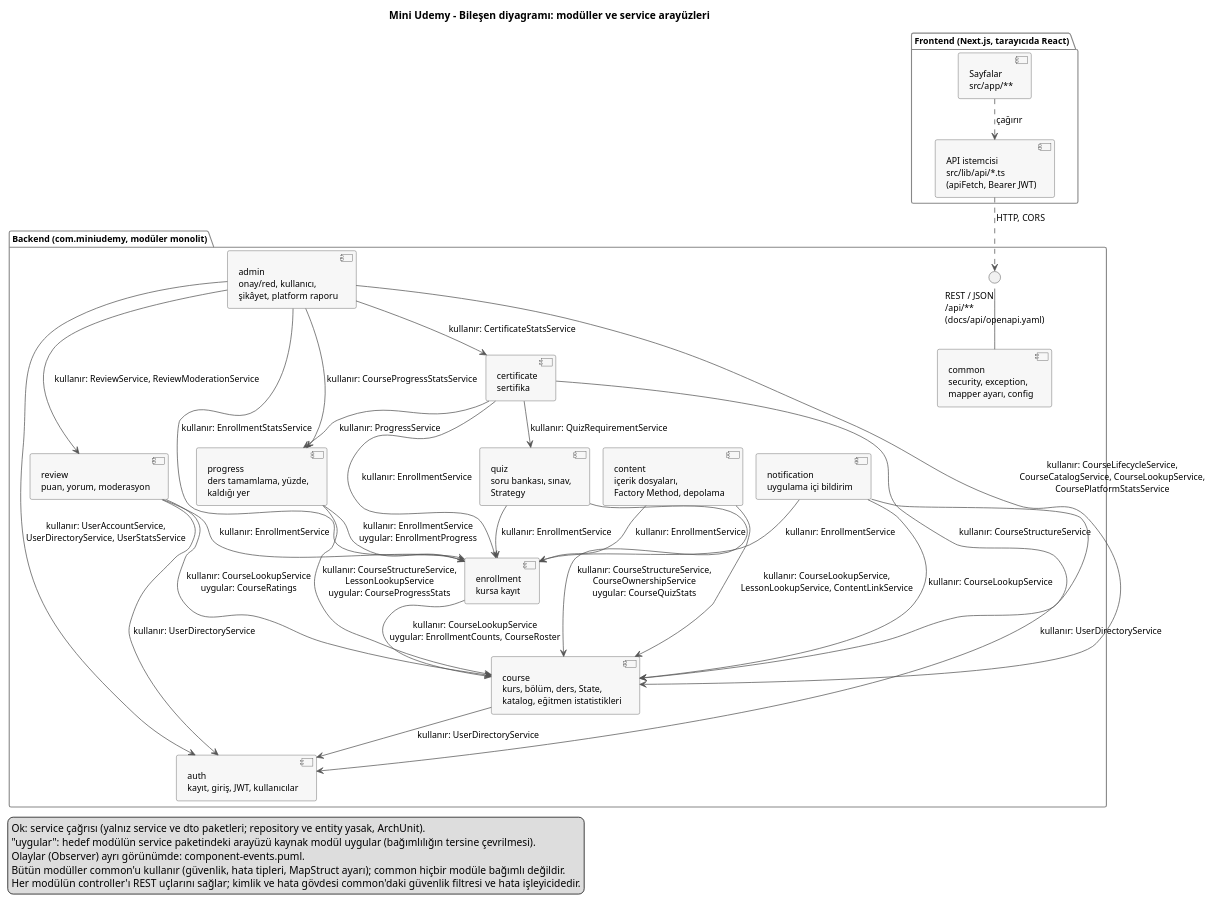
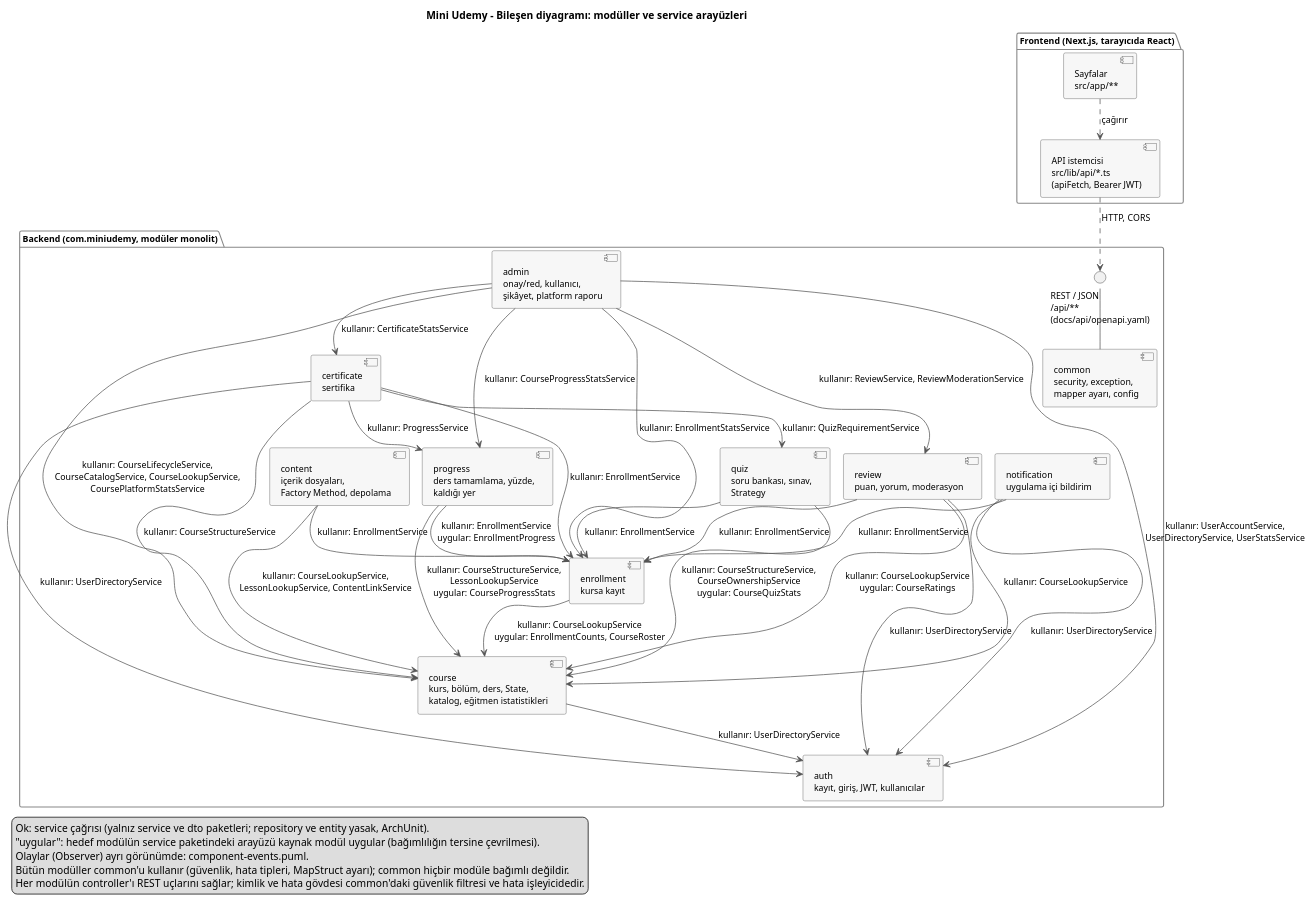
The diagram in docs/diagrams/component.puml (Bertanokt/mini-udemy), drawn with PlantUML before and after one commit. The commit also changed 2 other files, not shown here.

Commit message:
docs(diagram): bileşen diyagramına certificate → auth (#91)
#130 ile certificate, kursiyer adını auth/service/UserDirectoryService'ten
alıyor (ModuleArchitectureTest.ALLOWED). ComponentDiagramTest bu ok
olmadan kırmızıydı.

Refs #91

```diff
--- a/docs/diagrams/component.puml
+++ b/docs/diagrams/component.puml
@@ -1,83 +1,84 @@
 @startuml component
 ' UML bileşen diyagramı (#91, şablon 4.3): backend modülleri, sağladıkları/kullandıkları arayüzler ve frontend'in
 ' API istemci katmanı.
 ' Olaylar ayrı görünümde: component-events.puml.
 ' Kodla tutarlılığı ComponentDiagramTest denetler: düz oklar (a --> b) ModuleArchitectureTest.ALLOWED'ın birebir aynısı.
 ' Ok etiketinde "kullanır" = çağrılan service sınıfları, "uygular" = hedef modülün service paketinde tanımlanan ve
 ' kaynak modülün uyguladığı arayüz (bağımlılığın tersine çevrilmesi, architecture.md §4).
 ' Render: java -Duser.language=en -Duser.country=US -jar plantuml.jar -tpng -tsvg docs/diagrams/component.puml
 !pragma layout smetana
 skinparam shadowing false
 skinparam defaultFontSize 12
 skinparam componentStyle uml2
 skinparam ArrowColor #555555
 skinparam component {
   BackgroundColor #F7F7F7
   BorderColor #444444
 }
 skinparam package {
   BorderColor #888888
 }
 
 title Mini Udemy - Bileşen diyagramı: modüller ve service arayüzleri
 
 package "Frontend (Next.js, tarayıcıda React)" {
   component "Sayfalar\nsrc/app/**" as pages
   component "API istemcisi\nsrc/lib/api/*.ts\n(apiFetch, Bearer JWT)" as apiclient
 }
 
 package "Backend (com.miniudemy, modüler monolit)" {
   interface "REST / JSON\n/api/**\n(docs/api/openapi.yaml)" as rest
 
   component "common\nsecurity, exception,\nmapper ayarı, config" as common
 
   component "auth\nkayıt, giriş, JWT, kullanıcılar" as auth
   component "course\nkurs, bölüm, ders, State,\nkatalog, eğitmen istatistikleri" as course
   component "enrollment\nkursa kayıt" as enrollment
   component "content\niçerik dosyaları,\nFactory Method, depolama" as content
   component "progress\nders tamamlama, yüzde,\nkaldığı yer" as progress
   component "quiz\nsoru bankası, sınav,\nStrategy" as quiz
   component "certificate\nsertifika" as certificate
   component "review\npuan, yorum, moderasyon" as review
   component "notification\nuygulama içi bildirim" as notification
   component "admin\nonay/red, kullanıcı,\nşikâyet, platform raporu" as admin
 }
 
 pages ..> apiclient : çağırır
 apiclient ..> rest : HTTP, CORS
 rest -- common
 
 ' --- Service bağımlılıkları (ModuleArchitectureTest.ALLOWED) ---
 course --> auth : kullanır: UserDirectoryService
 enrollment --> course : kullanır: CourseLookupService\nuygular: EnrollmentCounts, CourseRoster
 content --> course : kullanır: CourseLookupService,\nLessonLookupService, ContentLinkService
 content --> enrollment : kullanır: EnrollmentService
 progress --> course : kullanır: CourseStructureService,\nLessonLookupService\nuygular: CourseProgressStats
 progress --> enrollment : kullanır: EnrollmentService\nuygular: EnrollmentProgress
 quiz --> course : kullanır: CourseStructureService,\nCourseOwnershipService\nuygular: CourseQuizStats
 quiz --> enrollment : kullanır: EnrollmentService
+certificate --> auth : kullanır: UserDirectoryService
 certificate --> course : kullanır: CourseStructureService
 certificate --> enrollment : kullanır: EnrollmentService
 certificate --> progress : kullanır: ProgressService
 certificate --> quiz : kullanır: QuizRequirementService
 review --> auth : kullanır: UserDirectoryService
 review --> course : kullanır: CourseLookupService\nuygular: CourseRatings
 review --> enrollment : kullanır: EnrollmentService
 notification --> auth : kullanır: UserDirectoryService
 notification --> course : kullanır: CourseLookupService
 notification --> enrollment : kullanır: EnrollmentService
 admin --> auth : kullanır: UserAccountService,\nUserDirectoryService, UserStatsService
 admin --> course : kullanır: CourseLifecycleService,\nCourseCatalogService, CourseLookupService,\nCoursePlatformStatsService
 admin --> enrollment : kullanır: EnrollmentStatsService
 admin --> progress : kullanır: CourseProgressStatsService
 admin --> certificate : kullanır: CertificateStatsService
 admin --> review : kullanır: ReviewService, ReviewModerationService
 
 legend bottom left
   Ok: service çağrısı (yalnız service ve dto paketleri; repository ve entity yasak, ArchUnit).
   "uygular": hedef modülün service paketindeki arayüzü kaynak modül uygular (bağımlılığın tersine çevrilmesi).
   Olaylar (Observer) ayrı görünümde: component-events.puml.
   Bütün modüller common'u kullanır (güvenlik, hata tipleri, MapStruct ayarı); common hiçbir modüle bağımlı değildir.
   Her modülün controller'ı REST uçlarını sağlar; kimlik ve hata gövdesi common'daki güvenlik filtresi ve hata işleyicidedir.
 endlegend
 @enduml
```
